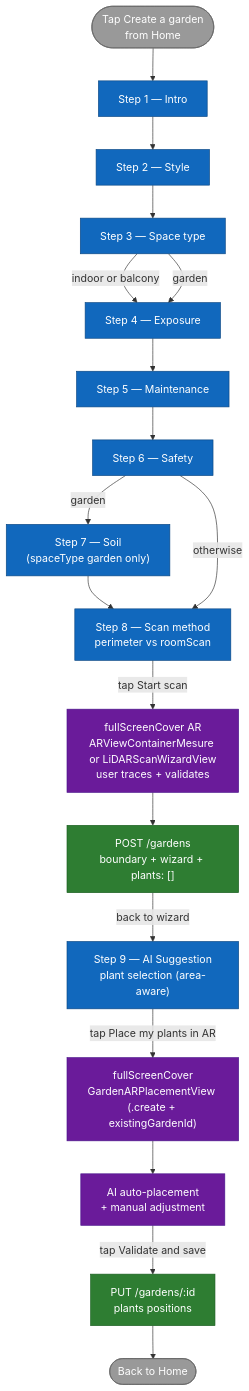
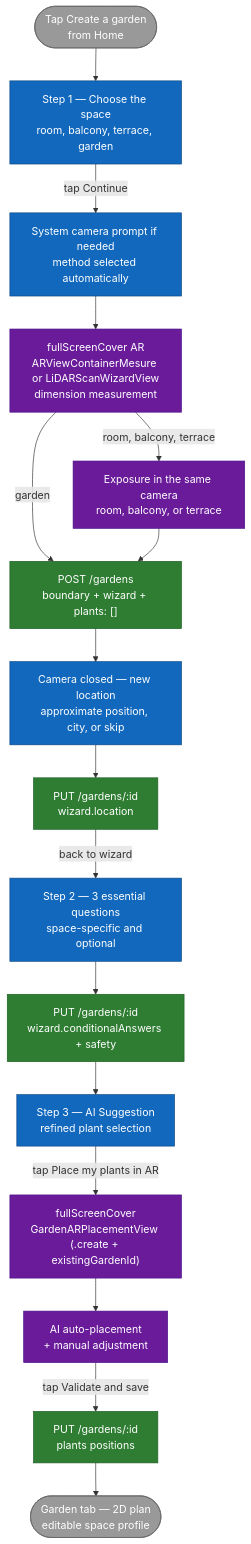
One commit to ArboreTeam/Arbore changed the diagram in docs/en/flows/garden-creation.md. Above: the diagram before and after it, drawn with Mermaid. The commit also changed other lines of this file and 50 other files, not shown here.

````diff
--- a/docs/en/flows/garden-creation.md
+++ b/docs/en/flows/garden-creation.md
@@ -13,47 +13,45 @@
 ```mermaid
 flowchart TB
     start_node([Tap Create a garden<br/>from Home])
 
-    intro["Step 1 — Intro"]
-    style_step["Step 2 — Style"]
-    spaceType["Step 3 — Space type"]
-    exposure["Step 4 — Exposure"]
-    maintenance["Step 5 — Maintenance"]
-    safety["Step 6 — Safety"]
-    soil["Step 7 — Soil<br/>(spaceType garden only)"]
-    scan["Step 8 — Scan method<br/>perimeter vs roomScan"]
+    spaceType["Step 1 — Choose the space<br/>room, balcony, terrace, garden"]
+    permissions["System camera prompt if needed<br/>method selected automatically"]
+    trace_ar["fullScreenCover AR<br/>ARViewContainerMesure or LiDARScanWizardView<br/>dimension measurement"]
+    exposure["Exposure in the same camera<br/>room, balcony, or terrace"]
+    post_garden["POST /gardens<br/>boundary + wizard + plants: []"]
+    location["Camera closed — new location<br/>approximate position, city, or skip"]
+    update_garden["PUT /gardens/:id<br/>wizard.location"]
+    questions["Step 2 — 3 essential questions<br/>space-specific and optional"]
+    update_constraints["PUT /gardens/:id<br/>wizard.conditionalAnswers + safety"]
 
-    trace_ar["fullScreenCover AR<br/>ARViewContainerMesure or LiDARScanWizardView<br/>user traces + validates"]
-    post_garden["POST /gardens<br/>boundary + wizard + plants: []"]
-
-    ai["Step 9 — AI Suggestion<br/>plant selection (area-aware)"]
+    ai["Step 3 — AI Suggestion<br/>refined plant selection"]
     placement["fullScreenCover<br/>GardenARPlacementView (.create + existingGardenId)"]
     auto_place["AI auto-placement<br/>+ manual adjustment"]
     put_garden["PUT /gardens/:id<br/>plants positions"]
 
-    home([Back to Home])
+    plan2d([Garden tab — 2D plan<br/>editable space profile])
 
-    start_node --> intro --> style_step --> spaceType
-    spaceType -->|indoor or balcony| exposure
-    spaceType -->|garden| exposure
-    exposure --> maintenance --> safety
-    safety -->|garden| soil --> scan
-    safety -->|otherwise| scan
-
-    scan -->|tap Start scan| trace_ar
-    trace_ar --> post_garden
-    post_garden -->|back to wizard| ai
+    start_node --> spaceType
+    spaceType -->|tap Continue| permissions
+    permissions --> trace_ar
+    trace_ar -->|room, balcony, terrace| exposure
+    trace_ar -->|garden| post_garden
+    exposure --> post_garden
+    post_garden --> location
+    location --> update_garden
+    update_garden -->|back to wizard| questions
+    questions --> update_constraints --> ai
     ai -->|tap Place my plants in AR| placement
     placement --> auto_place
     auto_place -->|tap Validate and save| put_garden
-    put_garden --> home
+    put_garden --> plan2d
 
     classDef step  fill:#1168BD,stroke:#0B4884,color:#fff
     classDef cond  fill:#2E7D32,stroke:#1B5E20,color:#fff
     classDef ar    fill:#6A1B9A,stroke:#4A148C,color:#fff
     classDef io    fill:#999,stroke:#666,color:#fff
-    class intro,style_step,spaceType,exposure,maintenance,safety,soil,scan,ai step
-    class post_garden,put_garden cond
-    class trace_ar,placement,auto_place ar
-    class start_node,home io
+    class spaceType,permissions,location,questions,ai step
+    class post_garden,update_garden,update_constraints,put_garden cond
+    class trace_ar,exposure,placement,auto_place ar
+    class start_node,plan2d io
 ```
````
